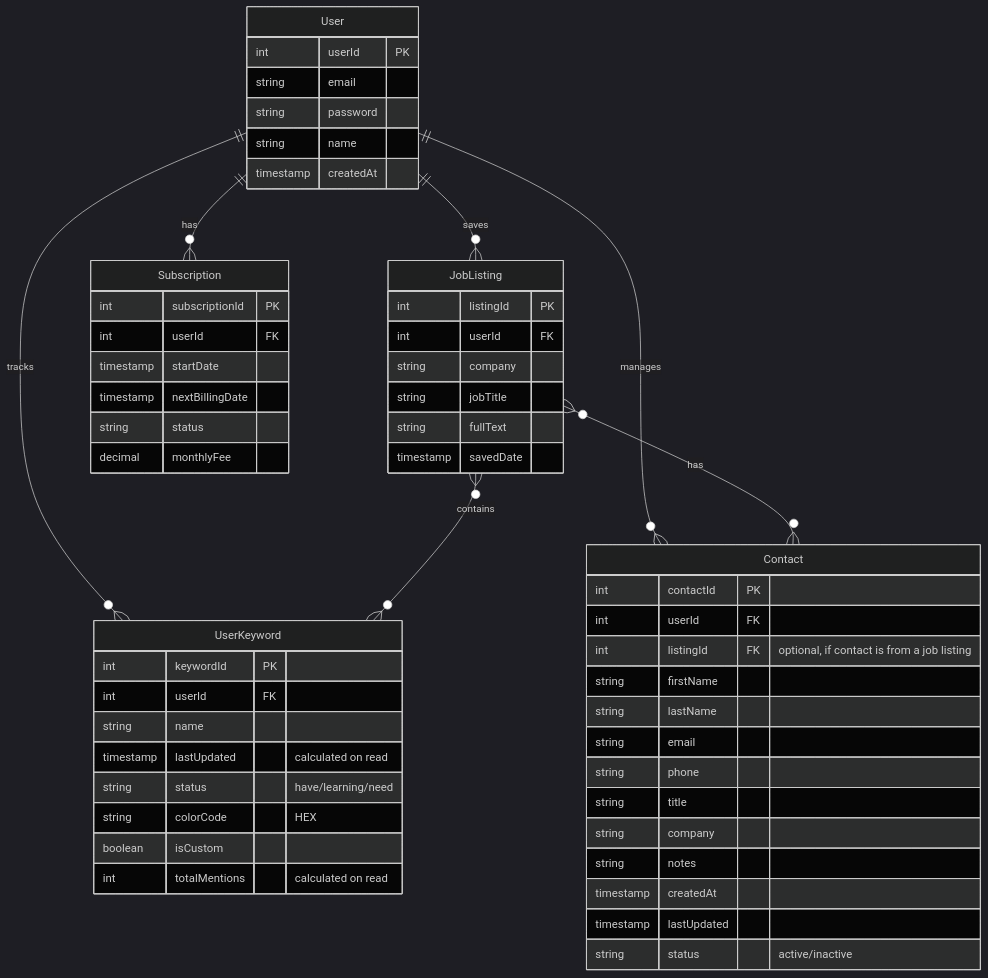
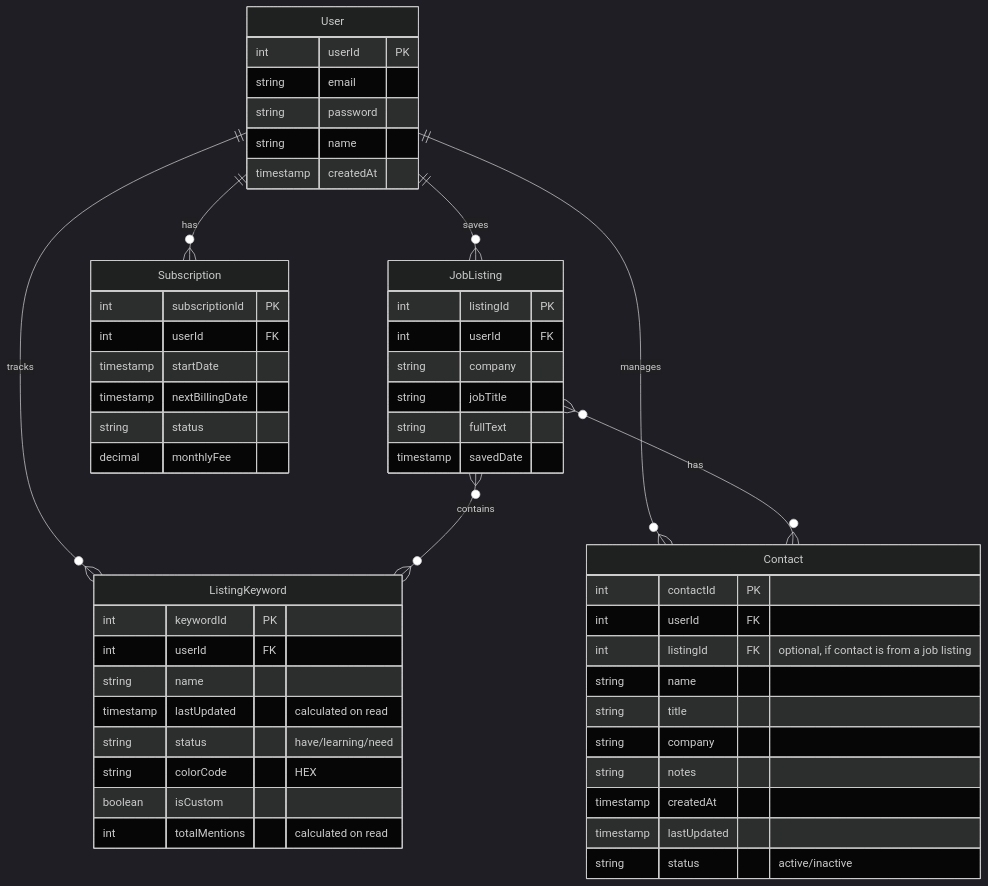
One commit to lmcrean/hoverboard-react changed the diagram in docs/docs/diagrams/ERD.md. Above: the diagram before and after it, drawn with Mermaid.

Commit message:
fix(docs): update ERD to reflect changes in keyword entity relationships
- Rename UserKeyword to ListingKeyword in ERD.md to accurately represent the relationship between User, JobListing, and keywords.
- Adjust the attributes of the ListingKeyword entity for clarity and consistency within the data model.
- These modifications enhance the accuracy of the documentation and improve understanding of the data structure.

````diff
--- a/docs/docs/diagrams/ERD.md
+++ b/docs/docs/diagrams/ERD.md
@@ -3,63 +3,60 @@
 ```mermaid
 %%{init: {'theme': 'dark', 'themeVariables': { 'primaryTextColor': '#ffffff', 'primaryColor': '#ffffff', 'noteBkgColor': '#2b2b2b', 'noteTextColor': '#ffffff' }}}%%
 erDiagram
     User ||--o{ JobListing : saves
-    User ||--o{ UserKeyword : tracks
+    User ||--o{ ListingKeyword : tracks
     User ||--o{ Subscription : has
     User ||--o{ Contact : manages
-    JobListing }o--o{ UserKeyword : contains
+    JobListing }o--o{ ListingKeyword : contains
     JobListing }o--o{ Contact : has
     
     User {
         int userId PK
         string email
         string password
         string name
         timestamp createdAt
     }
     
     Subscription {
         int subscriptionId PK
         int userId FK
         timestamp startDate
         timestamp nextBillingDate
         string status
         decimal monthlyFee
     }
     
     JobListing {
         int listingId PK
         int userId FK
         string company
         string jobTitle
         string fullText
         timestamp savedDate
     }
     
-    UserKeyword {
+    ListingKeyword {
         int keywordId PK
         int userId FK
         string name
         timestamp lastUpdated "calculated on read"
         string status "have/learning/need"
         string colorCode "HEX"
         boolean isCustom
         int totalMentions "calculated on read"
     }
 
     Contact {
         int contactId PK
         int userId FK
         int listingId FK "optional, if contact is from a job listing"
-        string firstName
-        string lastName
-        string email
-        string phone
+        string name
         string title
         string company
         string notes
         timestamp createdAt
         timestamp lastUpdated
         string status "active/inactive"
     }
 ```
````
